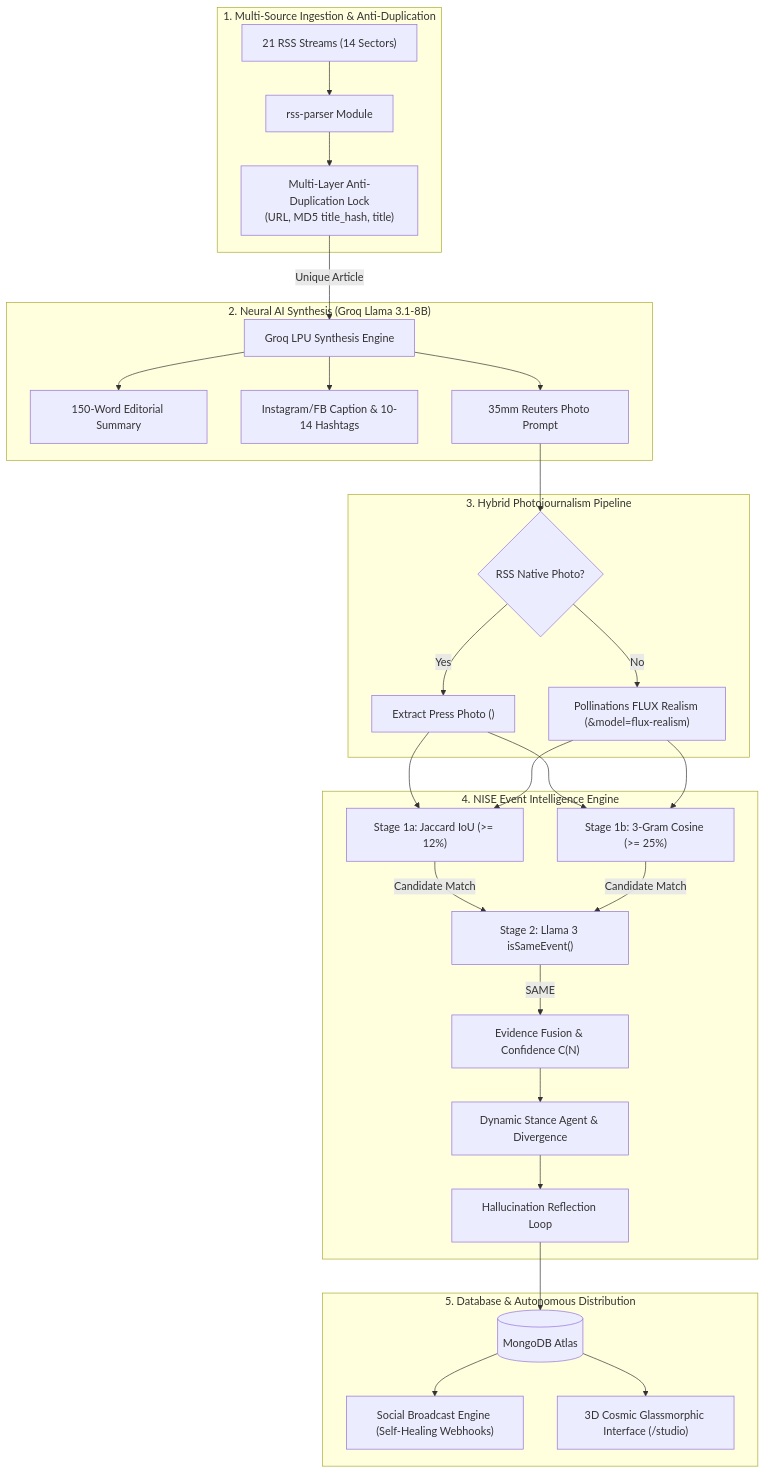
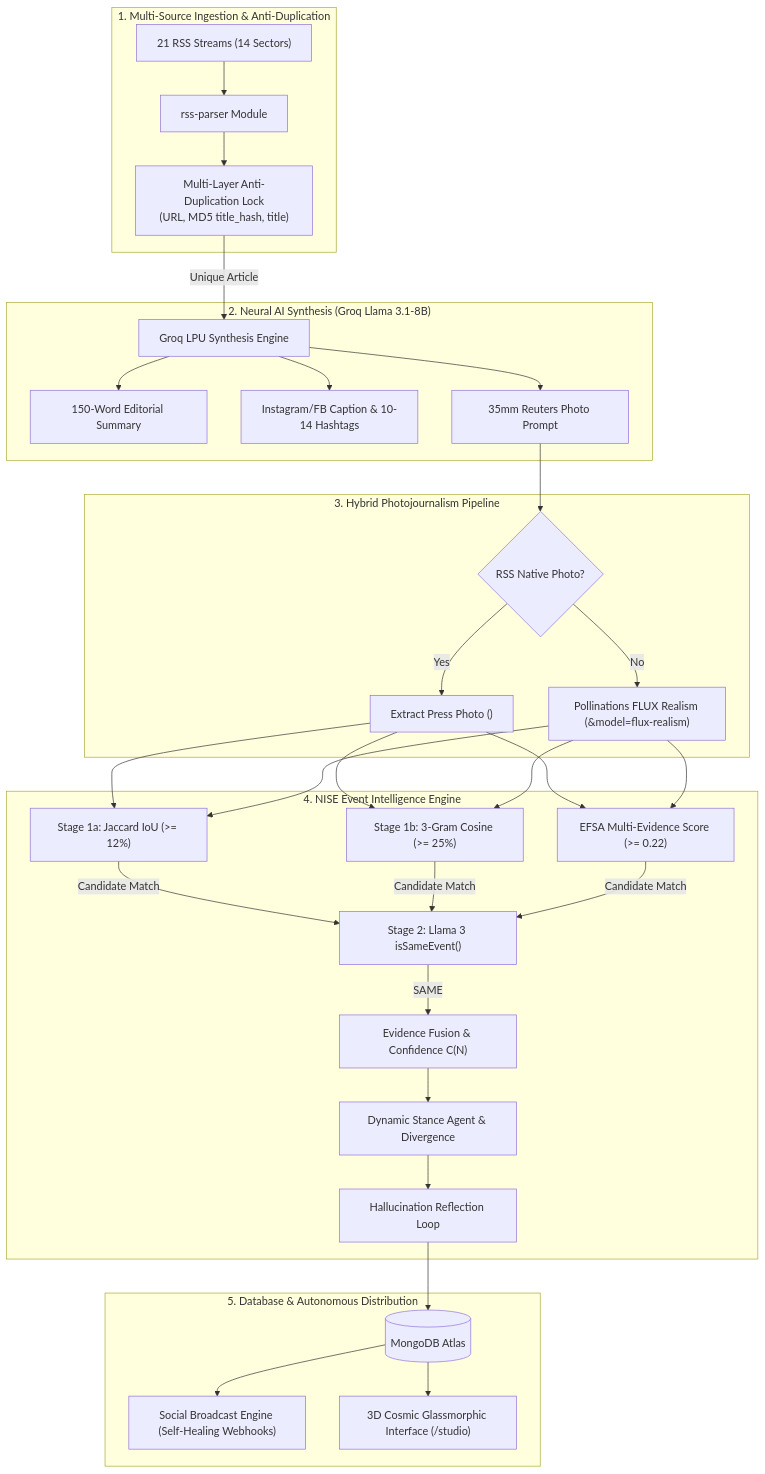
The diagram in docs/IEEE_RESEARCH_PAPER_14PAGES.md (Jayadasan777/NEWS-AI-AGGREGATOR), drawn with Mermaid before and after one commit.

Commit message:
docs(ieee-paper): fold EFSA node into Layer 4 of Figure 1 Mermaid diagram in Section III

````diff
--- a/docs/IEEE_RESEARCH_PAPER_14PAGES.md
+++ b/docs/IEEE_RESEARCH_PAPER_14PAGES.md
@@ -126,35 +126,36 @@
 ```mermaid
 graph TD
     subgraph Layer1["1. Multi-Source Ingestion & Anti-Duplication"]
         RSS["21 RSS Streams (14 Sectors)"] --> Parser["rss-parser Module"]
         Parser --> Dedup["Multi-Layer Anti-Duplication Lock<br/>(URL, MD5 title_hash, title)"]
     end
 
     subgraph Layer2["2. Neural AI Synthesis (Groq Llama 3.1-8B)"]
         Dedup -->|Unique Article| Groq["Groq LPU Synthesis Engine"]
         Groq --> Summary["150-Word Editorial Summary"]
         Groq --> SocialMeta["Instagram/FB Caption & 10-14 Hashtags"]
         Groq --> ImgPrompt["35mm Reuters Photo Prompt"]
     end
 
     subgraph Layer3["3. Hybrid Photojournalism Pipeline"]
         ImgPrompt --> RSSImg{"RSS Native Photo?"}
         RSSImg -->|Yes| RealPhoto["Extract Press Photo (<enclosure>)"]
         RSSImg -->|No| Pollinations["Pollinations FLUX Realism (&model=flux-realism)"]
     end
 
     subgraph Layer4["4. NISE Event Intelligence Engine"]
         RealPhoto & Pollinations --> Stage1a["Stage 1a: Jaccard IoU (>= 12%)"]
         RealPhoto & Pollinations --> Stage1b["Stage 1b: 3-Gram Cosine (>= 25%)"]
-        Stage1a & Stage1b -->|Candidate Match| Stage2["Stage 2: Llama 3 isSameEvent()"]
+        RealPhoto & Pollinations --> EFSA["EFSA Multi-Evidence Score (>= 0.22)"]
+        Stage1a & Stage1b & EFSA -->|Candidate Match| Stage2["Stage 2: Llama 3 isSameEvent()"]
         Stage2 -->|SAME| Fusion["Evidence Fusion & Confidence C(N)"]
         Fusion --> Stance["Dynamic Stance Agent & Divergence"]
         Stance --> Guard["Hallucination Reflection Loop"]
     end
 
     subgraph Layer5["5. Database & Autonomous Distribution"]
         Guard --> Mongo[("MongoDB Atlas")]
         Mongo --> Webhook["Social Broadcast Engine (Self-Healing Webhooks)"]
         Mongo --> UI["3D Cosmic Glassmorphic Interface (/studio)"]
     end
 ```
````
